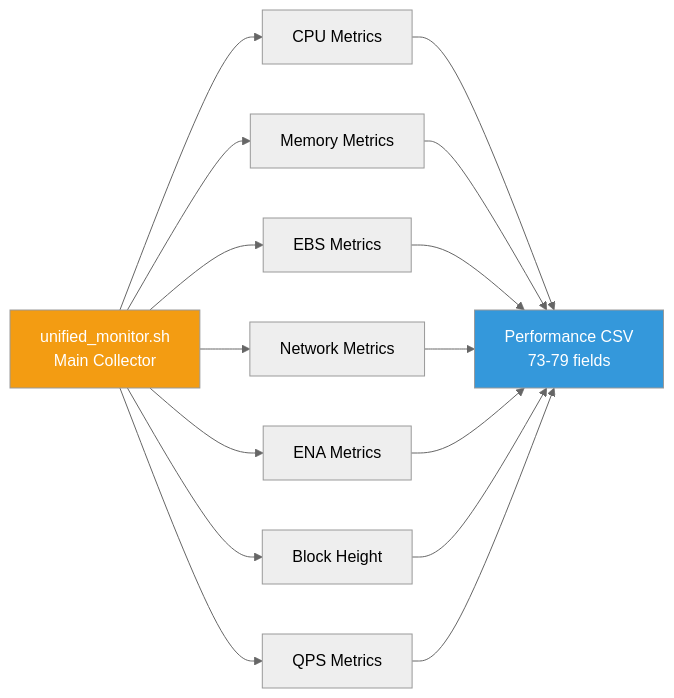
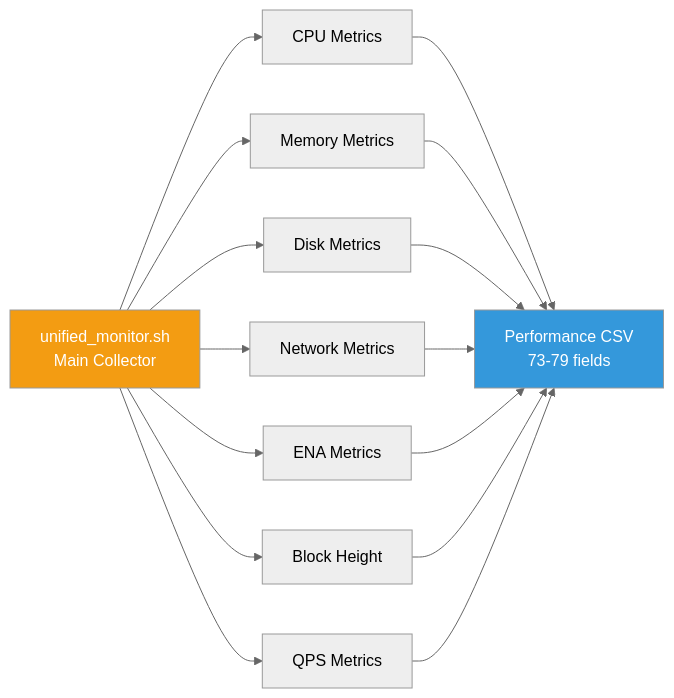
One commit to StayHungryStayFoolish/blockchain-node-benchmark changed the second of 8 diagrams in docs/monitoring-mechanism.md. Above: the diagram before and after it, drawn with Mermaid (neutral theme). The commit also changed other lines of this file and 77 other files, not shown here.

````diff
--- a/docs/monitoring-mechanism.md
+++ b/docs/monitoring-mechanism.md
@@ -61,21 +61,21 @@
 ```mermaid
 graph LR
     A[unified_monitor.sh<br/>Main Collector] --> B[CPU Metrics]
     A --> C[Memory Metrics]
-    A --> D[EBS Metrics]
+    A --> D[Disk Metrics]
     A --> E[Network Metrics]
     A --> F[ENA Metrics]
     A --> G[Block Height]
     A --> H[QPS Metrics]
     
     B --> I[Performance CSV<br/>73-79 fields]
     C --> I
     D --> I
     E --> I
     F --> I
     G --> I
     H --> I
     
     style A fill:#F39C12,color:#fff
     style I fill:#3498DB,color:#fff
 ```
````
